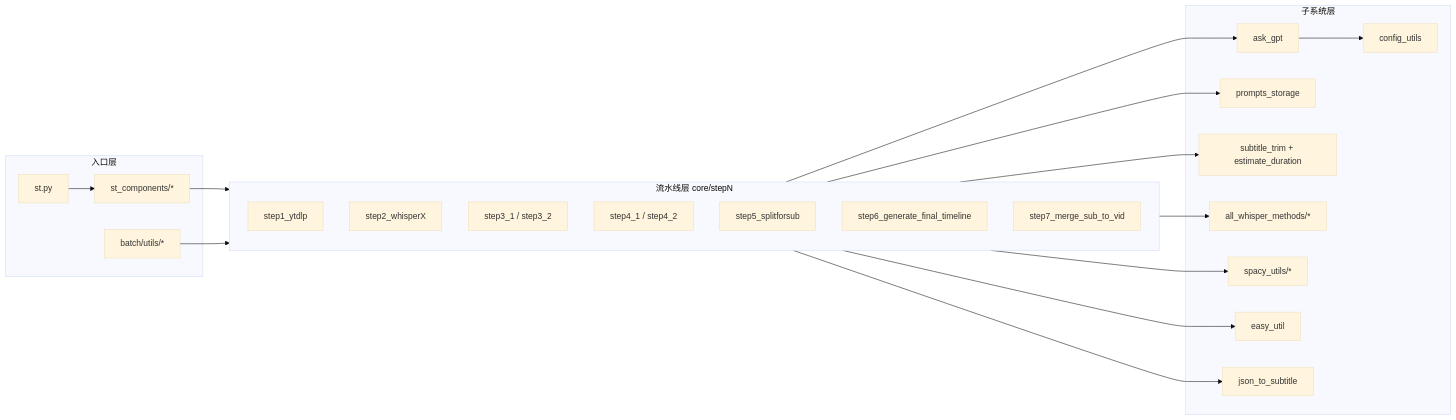
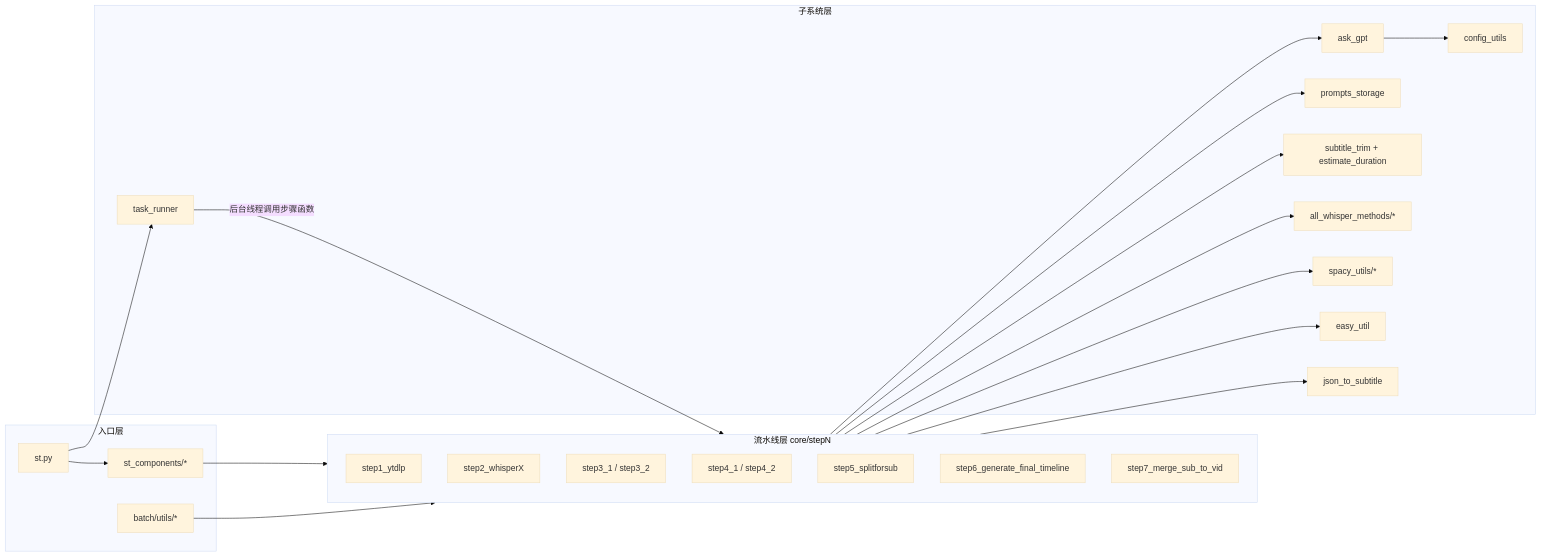
One commit to Brzjomo/VideoLingoMove changed the second of 2 diagrams in devdocs/00-overview/01-项目总览与架构.md. Above: the diagram before and after it, drawn with Mermaid (base theme). The commit also changed other lines of this file and 30 other files, not shown here.

````diff
--- a/devdocs/00-overview/01-项目总览与架构.md
+++ b/devdocs/00-overview/01-项目总览与架构.md
@@ -107,39 +121,42 @@
 ```mermaid
 flowchart LR
     subgraph ENTRY["入口层"]
         ST["st.py"]
         SC["st_components/*"]
         BATCH["batch/utils/*"]
     end
 
     subgraph PIPE["流水线层 core/stepN"]
         S1["step1_ytdlp"]
         S2["step2_whisperX"]
         S3["step3_1 / step3_2"]
         S4["step4_1 / step4_2"]
         S5["step5_splitforsub"]
         S6["step6_generate_final_timeline"]
         S7["step7_merge_sub_to_vid"]
     end
 
     subgraph SUB["子系统层"]
         GPT["ask_gpt"]
         PR["prompts_storage"]
         CFG["config_utils"]
         TRIM["subtitle_trim + estimate_duration"]
         WH["all_whisper_methods/*"]
         SP["spacy_utils/*"]
         EU["easy_util"]
         J2S["json_to_subtitle"]
+        TR["task_runner"]
     end
 
     ST --> SC --> PIPE
+    ST --> TR
+    TR -->|"后台线程调用步骤函数"| PIPE
     BATCH --> PIPE
     PIPE --> GPT --> CFG
     PIPE --> PR
     PIPE --> TRIM
     PIPE --> WH
     PIPE --> SP
     PIPE --> EU
     PIPE --> J2S
 ```
````
